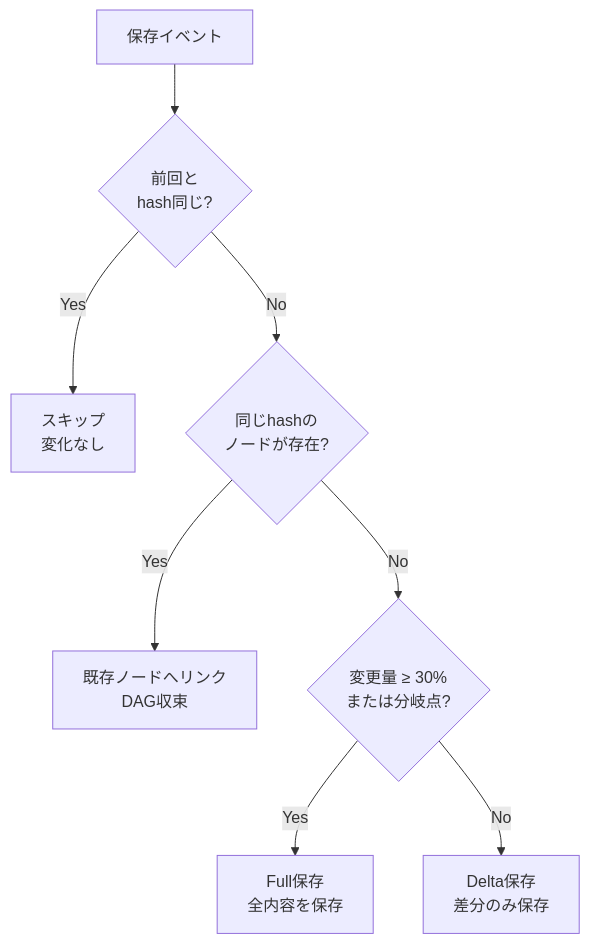
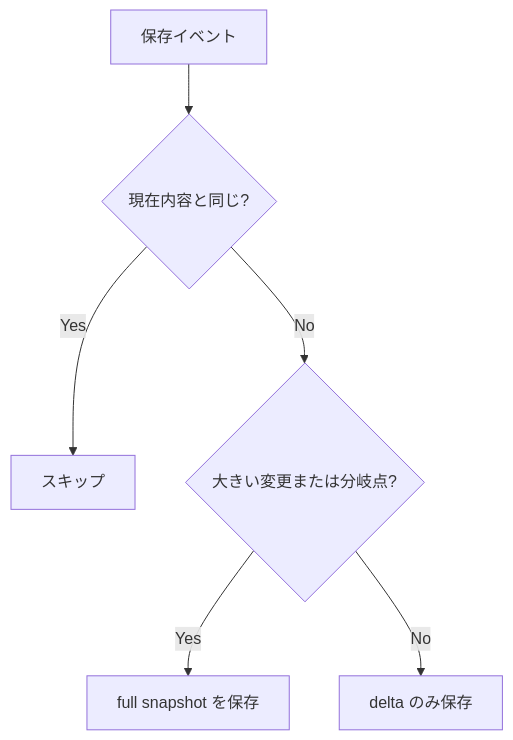
The fifth of 6 diagrams in README_ja.md (mmiyaji/vscode-undotree), drawn with Mermaid before and after one commit. The commit also changed other lines of this file and 10 other files, not shown here.

````diff
--- a/README_ja.md
+++ b/README_ja.md
@@ -155,10 +200,8 @@
 ```mermaid
 flowchart TD
-  save[保存イベント] --> hash{前回と\nhash同じ?}
-  hash -->|Yes| skip[スキップ\n変化なし]
-  hash -->|No| exist{同じhashの\nノードが存在?}
-  exist -->|Yes| link[既存ノードへリンク\nDAG収束]
-  exist -->|No| ratio{変更量 ≥ 30%\nまたは分岐点?}
-  ratio -->|Yes| full[Full保存\n全内容を保存]
-  ratio -->|No| delta[Delta保存\n差分のみ保存]
+  save["保存イベント"] --> same{"現在内容と同じ?"}
+  same -->|Yes| skip["スキップ"]
+  same -->|No| ratio{"大きい変更または分岐点?"}
+  ratio -->|Yes| full["full snapshot を保存"]
+  ratio -->|No| delta["delta のみ保存"]
 ```
````
